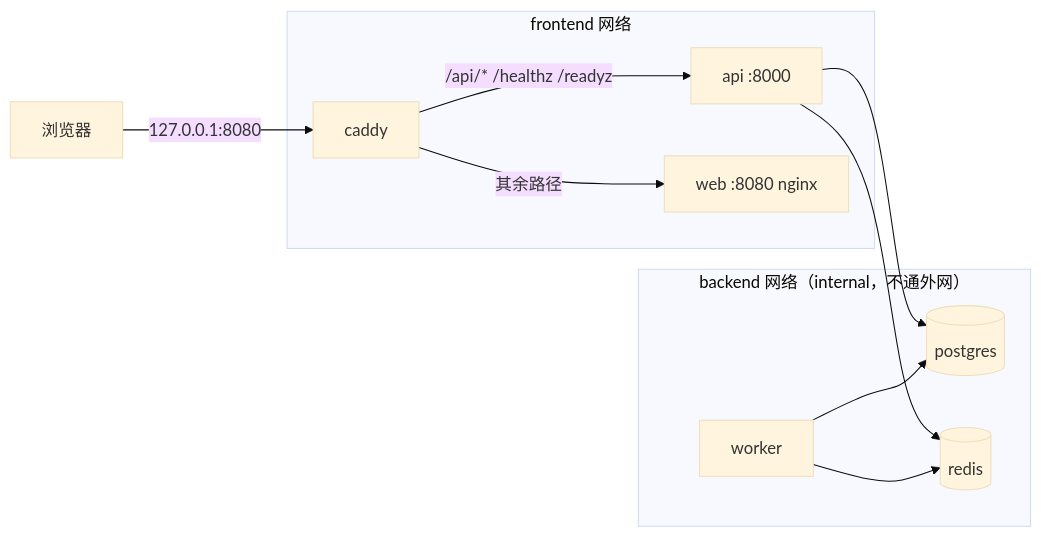
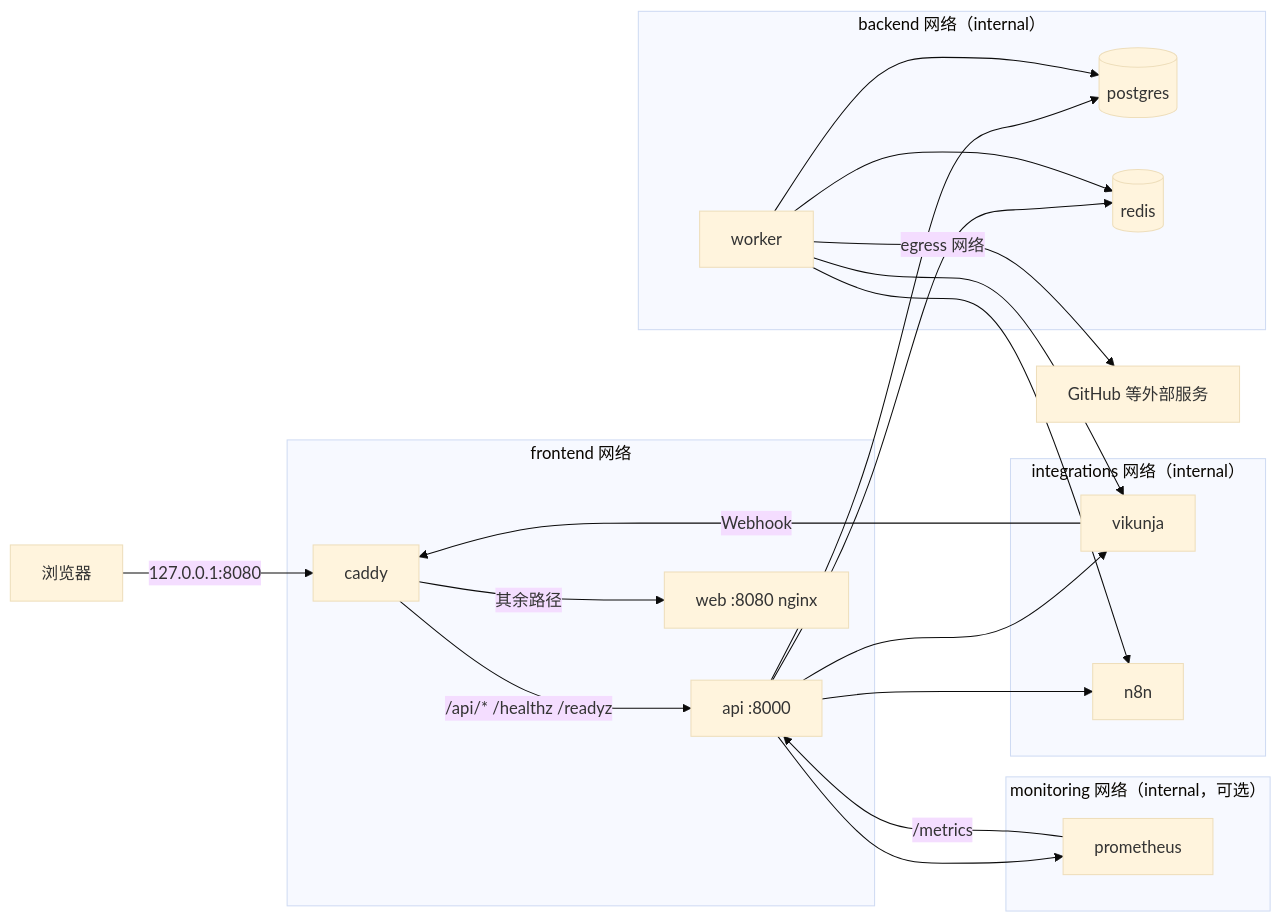
The diagram in docs/architecture.md (brianabc121/WorkspaceCore), drawn with Mermaid (base theme) before and after one commit. The commit also changed other lines of this file and 15 other files, not shown here.

````diff
--- a/docs/architecture.md
+++ b/docs/architecture.md
@@ -38,14 +50,26 @@
 ```mermaid
 flowchart LR
     U[浏览器] -->|127.0.0.1:8080| C[caddy]
     subgraph frontend[frontend 网络]
         C -->|/api/* /healthz /readyz| A[api :8000]
         C -->|其余路径| W[web :8080 nginx]
     end
-    subgraph backend[backend 网络（internal，不通外网）]
+    subgraph backend[backend 网络（internal）]
         A --> P[(postgres)]
         A --> R[(redis)]
         K[worker] --> P
         K --> R
     end
+    subgraph integrations[integrations 网络（internal）]
+        A --> V[vikunja]
+        K --> V
+        A --> N[n8n]
+        K --> N
+        V -->|Webhook| C
+    end
+    subgraph monitoring[monitoring 网络（internal，可选）]
+        PR[prometheus] -->|/metrics| A
+        A --> PR
+    end
+    K -->|egress 网络| G[GitHub 等外部服务]
 ```
````
